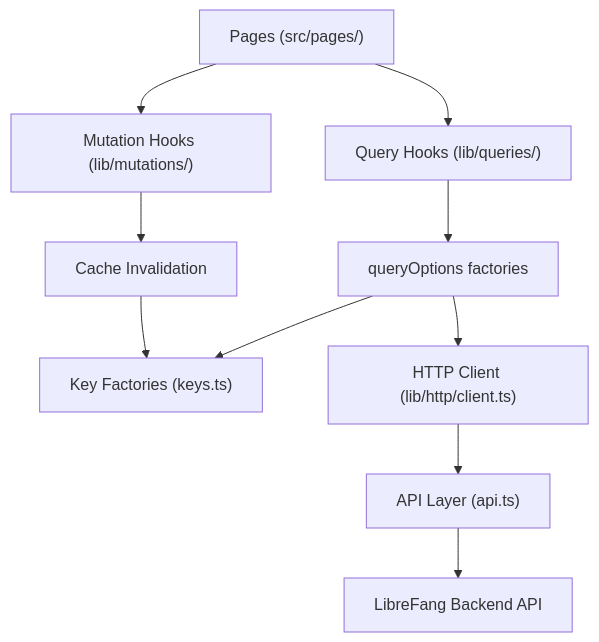
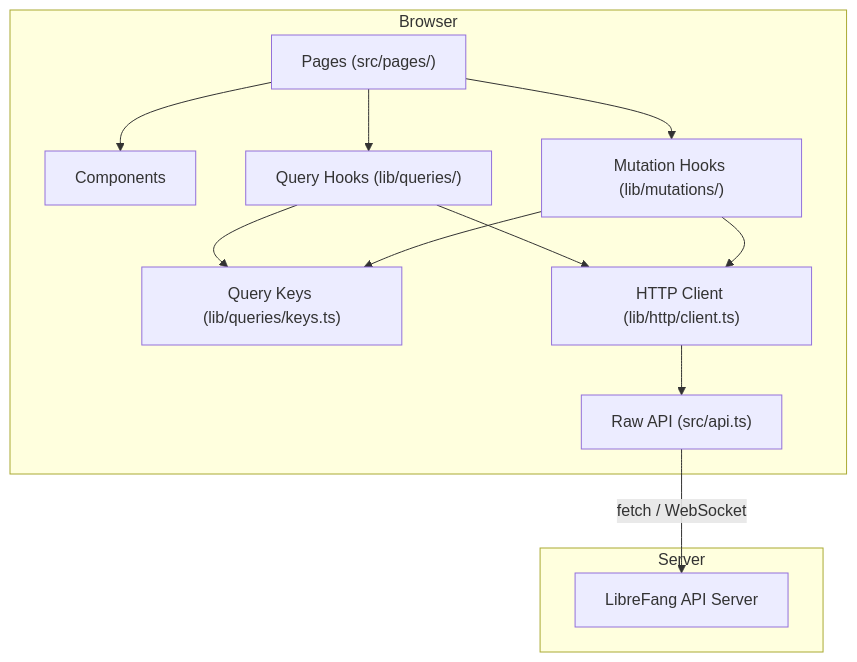
The diagram in other-librefang-api-dashboard.md (leszek3737/librefang-WIki), drawn with Mermaid before and after one commit. The commit also changed other lines of this file and 93 other files, not shown here.

````diff
--- a/other-librefang-api-dashboard.md
+++ b/other-librefang-api-dashboard.md
@@ -13,12 +13,26 @@
 ```mermaid
 graph TD
-    Pages["Pages (src/pages/)"] --> QueryHooks["Query Hooks (lib/queries/)"]
-    Pages --> MutationHooks["Mutation Hooks (lib/mutations/)"]
-    QueryHooks --> QueryOptions["queryOptions factories"]
-    MutationHooks --> Invalidation["Cache Invalidation"]
-    QueryOptions --> KeyFactories["Key Factories (keys.ts)"]
-    QueryOptions --> HttpClient["HTTP Client (lib/http/client.ts)"]
-    HttpClient --> ApiLayer["API Layer (api.ts)"]
-    ApiLayer --> Backend["LibreFang Backend API"]
-    Invalidation --> KeyFactories
+    subgraph Browser
+        Pages["Pages (src/pages/)"]
+        Components["Components"]
+        QueryHooks["Query Hooks (lib/queries/)"]
+        MutationHooks["Mutation Hooks (lib/mutations/)"]
+        QueryKeys["Query Keys (lib/queries/keys.ts)"]
+        HTTPClient["HTTP Client (lib/http/client.ts)"]
+        API["Raw API (src/api.ts)"]
+    end
+
+    subgraph Server
+        APIBackend["LibreFang API Server"]
+    end
+
+    Pages --> Components
+    Pages --> QueryHooks
+    Pages --> MutationHooks
+    QueryHooks --> QueryKeys
+    QueryHooks --> HTTPClient
+    MutationHooks --> QueryKeys
+    MutationHooks --> HTTPClient
+    HTTPClient --> API
+    API -->|fetch / WebSocket| APIBackend
 ```
````
